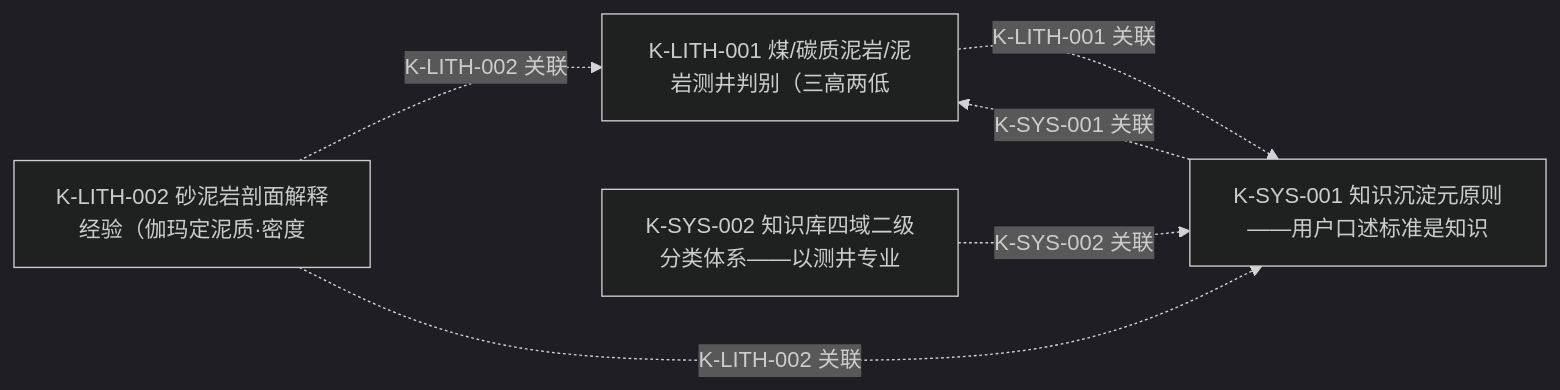
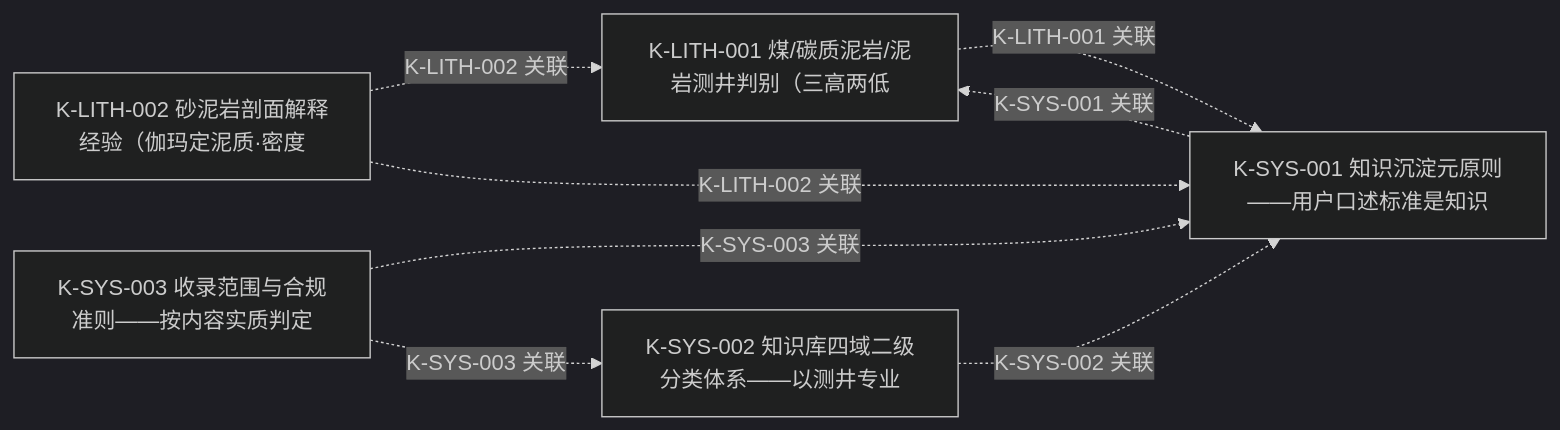
One commit to uz215/logint-uz215 changed the diagram in knowledge/知识图谱总览.md. Above: the diagram before and after it, drawn with Mermaid (dark theme). The commit also changed other lines of this file and 3 other files, not shown here.

Commit message:
收录范围与合规准则定案 K-SYS-003：按内容实质判定、测井类服务合同可入档、排除个人隐私等敏感内容；报告内建只读合规抽查+分类说明准则章

````diff
--- a/knowledge/知识图谱总览.md
+++ b/knowledge/知识图谱总览.md
@@ -24,12 +25,15 @@
 ```mermaid
 flowchart LR
     K_LITH_001["K-LITH-001 煤/碳质泥岩/泥岩测井判别（三高两低"]
     K_LITH_002["K-LITH-002 砂泥岩剖面解释经验（伽玛定泥质·密度"]
     K_SYS_001["K-SYS-001 知识沉淀元原则——用户口述标准是知识"]
     K_SYS_002["K-SYS-002 知识库四域二级分类体系——以测井专业"]
+    K_SYS_003["K-SYS-003 收录范围与合规准则——按内容实质判定"]
     K_LITH_001 -.->|K-LITH-001 关联| K_SYS_001
     K_LITH_002 -.->|K-LITH-002 关联| K_LITH_001
     K_LITH_002 -.->|K-LITH-002 关联| K_SYS_001
     K_SYS_001 -.->|K-SYS-001 关联| K_LITH_001
     K_SYS_002 -.->|K-SYS-002 关联| K_SYS_001
+    K_SYS_003 -.->|K-SYS-003 关联| K_SYS_001
+    K_SYS_003 -.->|K-SYS-003 关联| K_SYS_002
 ```
````
